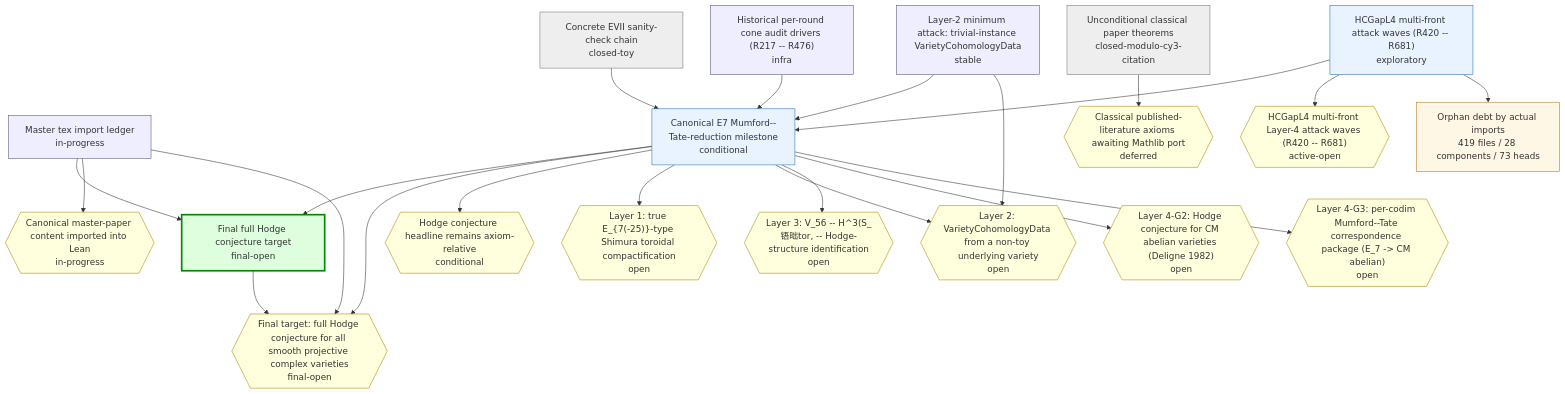
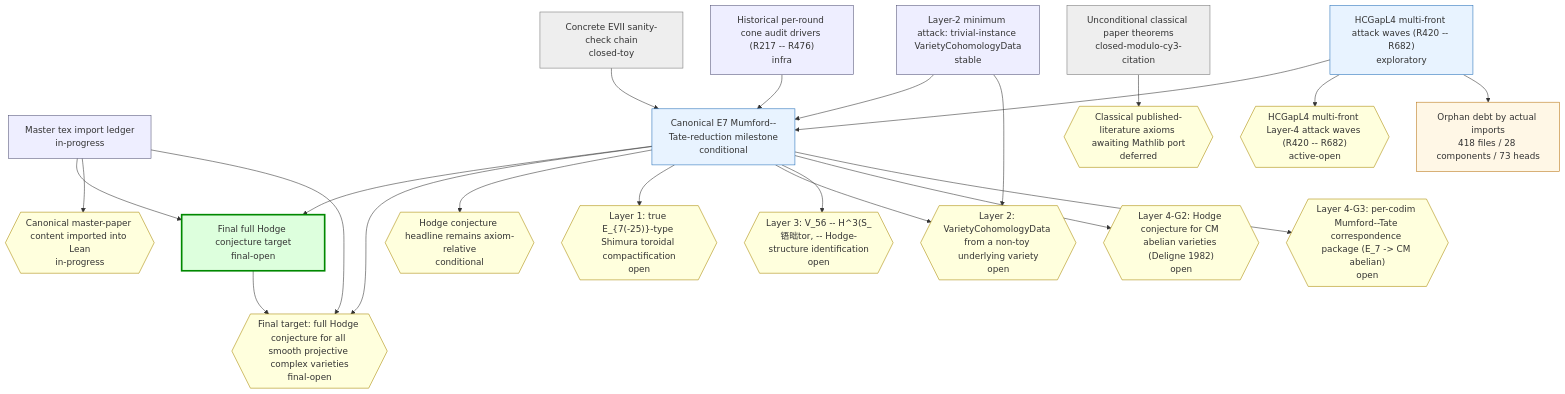
The first of 2 diagrams in chain-status/research-map.md (crabsatellite/hodge-conjecture-lean4-formalization), drawn with Mermaid before and after one commit. The commit also changed other lines of this file and 10 other files, not shown here.

````diff
--- a/chain-status/research-map.md
+++ b/chain-status/research-map.md
@@ -46,54 +46,54 @@
 ```mermaid
 graph TD
   classDef main fill:#dfd,stroke:#080,stroke-width:3px
   classDef active fill:#e8f3ff,stroke:#2670b8
   classDef support fill:#eef,stroke:#557
   classDef closed fill:#eee,stroke:#777
   classDef dead fill:#fdd,stroke:#a00,stroke-width:2px
   classDef gapOpen fill:#ffd,stroke:#a80
   classDef gapClosed fill:#eee,stroke:#777
   classDef gapDead fill:#fdd,stroke:#a00
   classDef debt fill:#fff7e6,stroke:#b87514
   classDef debtTaxonomy fill:#e8f3ff,stroke:#2670b8,stroke-dasharray:3 3
   classDef debtRule fill:#eefbea,stroke:#398439,stroke-dasharray:3 3
   classDef debtDead fill:#fdd,stroke:#a00,stroke-dasharray:3 3
   chain_full_hc_final_target["Final full Hodge conjecture target\nfinal-open"]:::main
   chain_master_paper_import_ledger["Master tex import ledger\nin-progress"]:::support
   chain_main_hc_axiom_relative["Canonical E7 Mumford--Tate-reduction milestone\nconditional"]:::active
   chain_unconditional_classical["Unconditional classical paper theorems\nclosed-modulo-cy3-citation"]:::closed
   chain_hcgap_l2_trivial_instances["Layer-2 minimum attack: trivial-instance VarietyCohomologyData\nstable"]:::support
-  chain_hcgap_l4_multifront_active["HCGapL4 multi-front attack waves (R420 -- R681)\nexploratory"]:::active
+  chain_hcgap_l4_multifront_active["HCGapL4 multi-front attack waves (R420 -- R682)\nexploratory"]:::active
   chain_concrete_evii_toy["Concrete EVII sanity-check chain\nclosed-toy"]:::closed
   chain_historical_cone_audits["Historical per-round cone audit drivers (R217 -- R476)\ninfra"]:::support
   gap_G_full_hc{{"Final target: full Hodge conjecture for all smooth projective complex varieties\nfinal-open"}}:::gapOpen
   gap_G_master_paper_import{{"Canonical master-paper content imported into Lean\nin-progress"}}:::gapOpen
   gap_G_main_hc{{"Hodge conjecture headline remains axiom-relative\nconditional"}}:::gapOpen
   gap_G_l1_e7_shimura_tor{{"Layer 1: true E_{7(-25)}-type Shimura toroidal compactification\nopen"}}:::gapOpen
   gap_G_l2_cohomology_construction{{"Layer 2: VarietyCohomologyData from a non-toy underlying variety\nopen"}}:::gapOpen
   gap_G_l3_v56_mt_identification{{"Layer 3: V_56 -- H^3(S_铻昢tor, -- Hodge-structure identification\nopen"}}:::gapOpen
   gap_G_l4_cm_abelian_hc{{"Layer 4-G2: Hodge conjecture for CM abelian varieties (Deligne 1982)\nopen"}}:::gapOpen
   gap_G_l4_mt_correspondence{{"Layer 4-G3: per-codim Mumford--Tate correspondence package (E_7 -> CM abelian)\nopen"}}:::gapOpen
   gap_G_classical_mathlib_port{{"Classical published-literature axioms awaiting Mathlib port\ndeferred"}}:::gapOpen
-  gap_G_hcgap_l4_multifront{{"HCGapL4 multi-front Layer-4 attack waves (R420 -- R681)\nactive-open"}}:::gapOpen
+  gap_G_hcgap_l4_multifront{{"HCGapL4 multi-front Layer-4 attack waves (R420 -- R682)\nactive-open"}}:::gapOpen
   chain_full_hc_final_target --> gap_G_full_hc
   chain_master_paper_import_ledger --> chain_full_hc_final_target
   chain_master_paper_import_ledger --> gap_G_master_paper_import
   chain_master_paper_import_ledger --> gap_G_full_hc
   chain_main_hc_axiom_relative --> chain_full_hc_final_target
   chain_main_hc_axiom_relative --> gap_G_full_hc
   chain_main_hc_axiom_relative --> gap_G_main_hc
   chain_main_hc_axiom_relative --> gap_G_l1_e7_shimura_tor
   chain_main_hc_axiom_relative --> gap_G_l2_cohomology_construction
   chain_main_hc_axiom_relative --> gap_G_l3_v56_mt_identification
   chain_main_hc_axiom_relative --> gap_G_l4_cm_abelian_hc
   chain_main_hc_axiom_relative --> gap_G_l4_mt_correspondence
   chain_unconditional_classical --> gap_G_classical_mathlib_port
   chain_hcgap_l2_trivial_instances --> chain_main_hc_axiom_relative
   chain_hcgap_l2_trivial_instances --> gap_G_l2_cohomology_construction
   chain_hcgap_l4_multifront_active --> chain_main_hc_axiom_relative
   chain_hcgap_l4_multifront_active --> gap_G_hcgap_l4_multifront
   chain_concrete_evii_toy --> chain_main_hc_axiom_relative
   chain_historical_cone_audits --> chain_main_hc_axiom_relative
-  debt_all["Orphan debt by actual imports\n419 files / 28 components / 73 heads"]:::debt
+  debt_all["Orphan debt by actual imports\n418 files / 28 components / 73 heads"]:::debt
   chain_hcgap_l4_multifront_active --> debt_all
 ```
````
